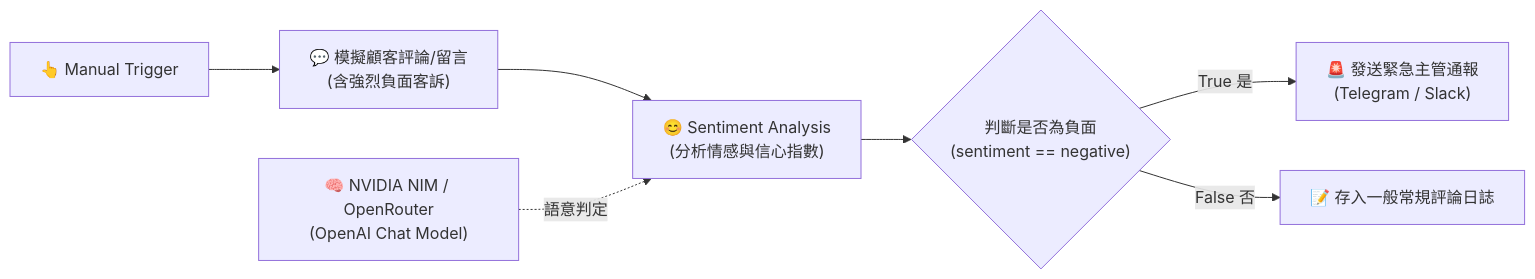
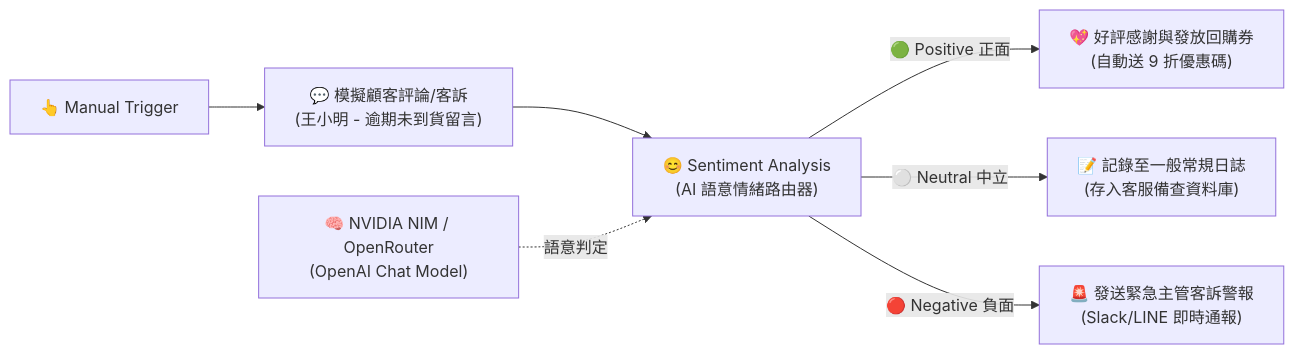
The diagram in AI_Agent/階段一_基礎專用AI節點/Sentiment_Analysis/README.md (roberthsu2003/n8n), drawn with Mermaid before and after one commit. The commit also changed other lines of this file and 1 other file, not shown here.

````diff
--- a/AI_Agent/階段一_基礎專用AI節點/Sentiment_Analysis/README.md
+++ b/AI_Agent/階段一_基礎專用AI節點/Sentiment_Analysis/README.md
@@ -17,9 +25,10 @@
 ```mermaid
 flowchart LR
-    Trigger["👆 Manual Trigger"] --> Review["💬 模擬顧客評論/留言<br/>(含強烈負面客訴)"]
-    Review --> Sentiment["😊 Sentiment Analysis<br/>(分析情感與信心指數)"]
+    Trigger["👆 Manual Trigger"] --> Review["💬 模擬顧客評論/客訴<br/>(王小明 - 逾期未到貨留言)"]
+    Review --> Sentiment["😊 Sentiment Analysis<br/>(AI 語意情緒路由器)"]
     Model["🧠 NVIDIA NIM / OpenRouter<br/>(OpenAI Chat Model)"] -.->|語意判定| Sentiment
-    Sentiment --> Check{"判斷是否為負面<br/>(sentiment == negative)"}
-    Check -->|True 是| Alert["🚨 發送緊急主管通報<br/>(Telegram / Slack)"]
-    Check -->|False 否| Log["📝 存入一般常規評論日誌"]
+    
+    Sentiment -->|🟢 Positive 正面| Bonus["💖 好評感謝與發放回購券<br/>(自動送 9 折優惠碼)"]
+    Sentiment -->|⚪ Neutral 中立| Log["📝 記錄至一般常規日誌<br/>(存入客服備查資料庫)"]
+    Sentiment -->|🔴 Negative 負面| Alert["🚨 發送緊急主管客訴警報<br/>(Slack/LINE 即時通報)"]
 ```
````
